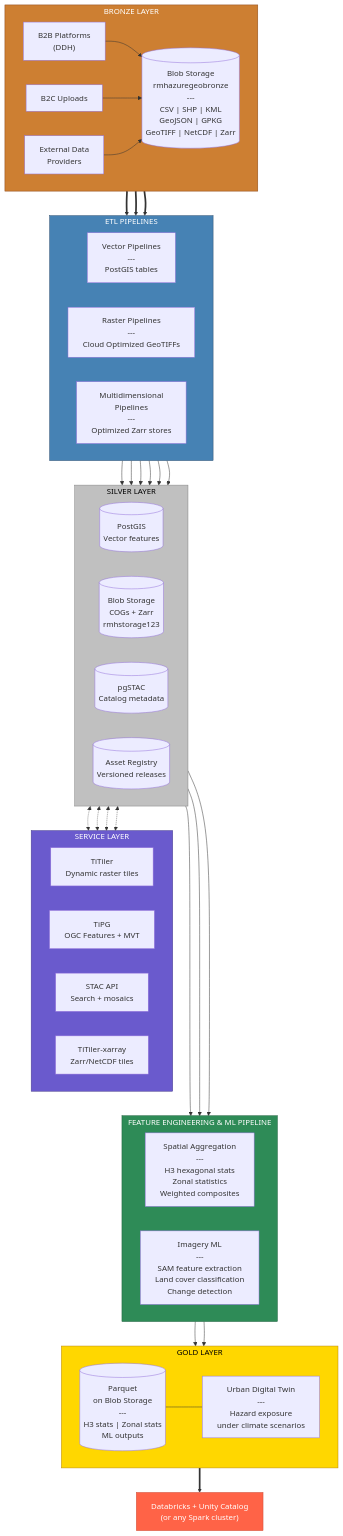
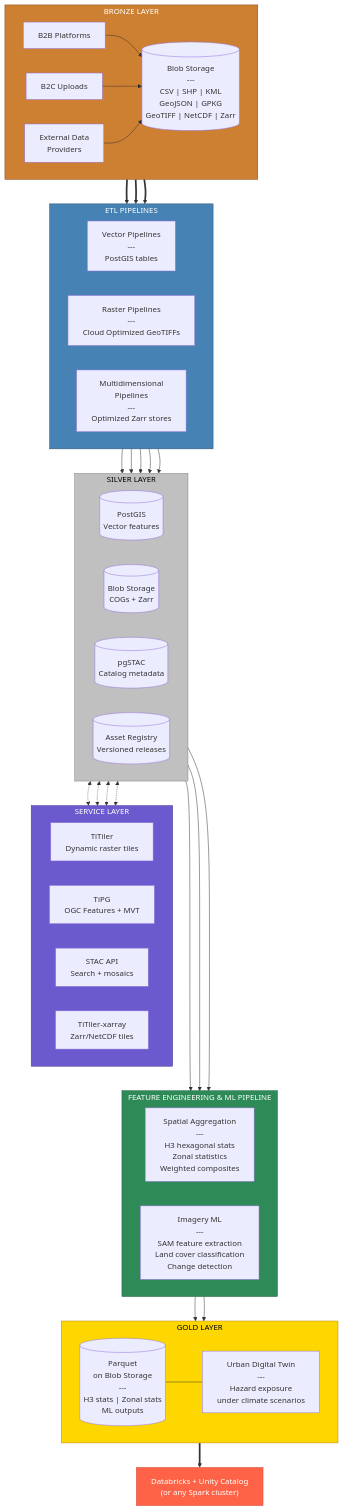
The diagram in PPT.md (rob634/rmhgeoapi), drawn with Mermaid before and after one commit. The commit also changed other lines of this file and 3 other files, not shown here.

```diff
--- a/PPT.md
+++ b/PPT.md
@@ -20,10 +20,10 @@
 flowchart TB
     subgraph BRONZE["BRONZE LAYER"]
         direction LR
-        B2B["B2B Platforms\n(DDH)"]
+        B2B["B2B Platforms"]
         B2C["B2C Uploads"]
         EXT["External Data\nProviders"]
-        BSTORE[("Blob Storage\nrmhazuregeobronze\n---\nCSV | SHP | KML\nGeoJSON | GPKG\nGeoTIFF | NetCDF | Zarr")]
+        BSTORE[("Blob Storage\n---\nCSV | SHP | KML\nGeoJSON | GPKG\nGeoTIFF | NetCDF | Zarr")]
         B2B --> BSTORE
         B2C --> BSTORE
         EXT --> BSTORE
@@ -39,7 +39,7 @@
     subgraph SILVER["SILVER LAYER"]
         direction LR
         PG[("PostGIS\nVector features")]
-        COG[("Blob Storage\nCOGs + Zarr\nrmhstorage123")]
+        COG[("Blob Storage\nCOGs + Zarr")]
         STAC[("pgSTAC\nCatalog metadata")]
         ASSETS[("Asset Registry\nVersioned releases")]
     end
@@ -71,7 +71,6 @@
     BSTORE ==> MDM
 
     VEC --> PG
-    VEC --> STAC
     RAS --> COG
     RAS --> STAC
     MDM --> COG
```
